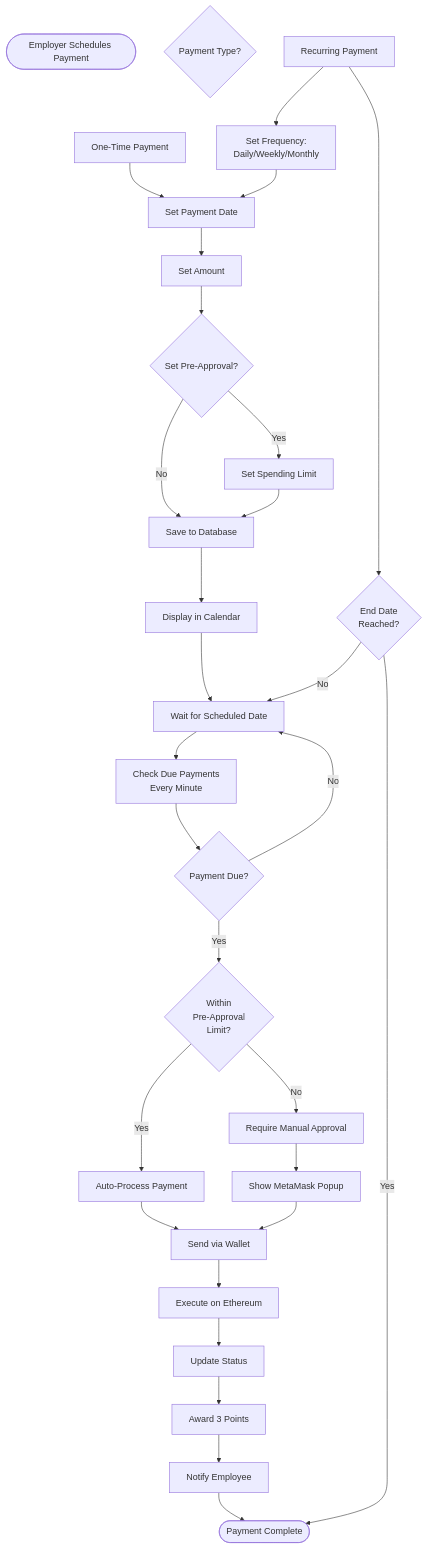
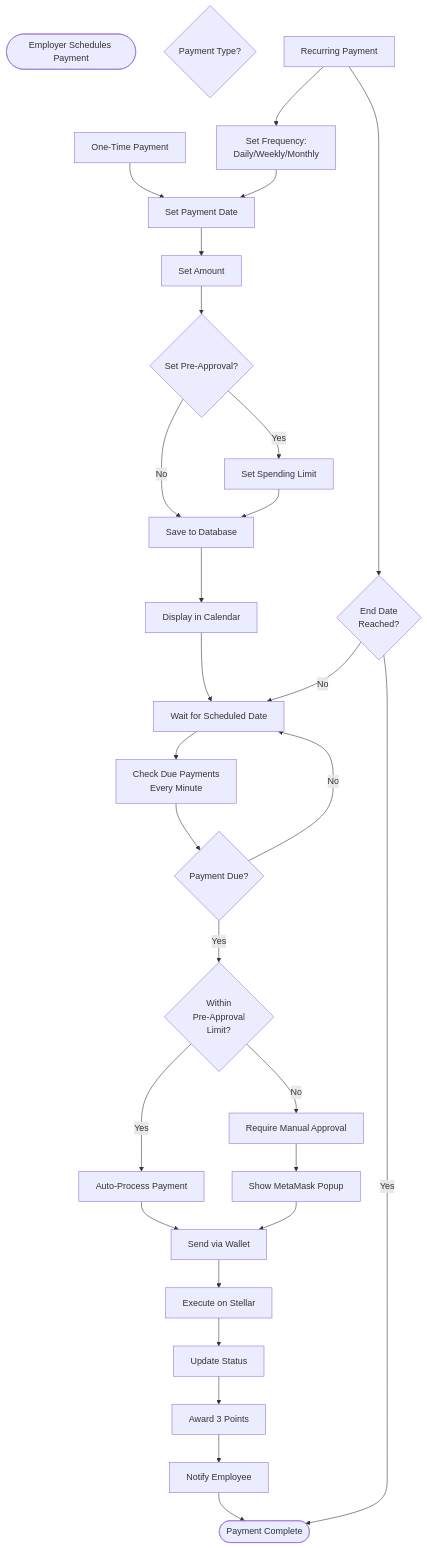
The fifth of 10 diagrams in README.md (AmaanSayyad/Gemetra-Stellar), drawn with Mermaid before and after one commit. The commit also changed other lines of this file and 57 other files, not shown here.

````diff
--- a/README.md
+++ b/README.md
@@ -310,42 +315,42 @@
 ```mermaid
 flowchart TD
     START([Employer Schedules Payment])
     SETUP{Payment Type?}
     ONETIME[One-Time Payment]
     RECURRING[Recurring Payment]
     
     ONETIME --> SETDATE[Set Payment Date]
     RECURRING --> SETFREQ[Set Frequency:<br/>Daily/Weekly/Monthly]
     SETFREQ --> SETDATE
     SETDATE --> SETAMOUNT[Set Amount]
     SETAMOUNT --> PREAPPROVE{Set Pre-Approval?}
     
     PREAPPROVE -->|Yes| SETLIMIT[Set Spending Limit]
     PREAPPROVE -->|No| SAVE[Save to Database]
     SETLIMIT --> SAVE
     
     SAVE --> CALENDAR[Display in Calendar]
     CALENDAR --> WAIT[Wait for Scheduled Date]
     
     WAIT --> CHECK[Check Due Payments<br/>Every Minute]
     CHECK --> DUE{Payment Due?}
     DUE -->|No| WAIT
     DUE -->|Yes| CHECKLIMIT{Within<br/>Pre-Approval<br/>Limit?}
     
     CHECKLIMIT -->|Yes| AUTO[Auto-Process Payment]
     CHECKLIMIT -->|No| MANUAL[Require Manual Approval]
     
     AUTO --> WALLET[Send via Wallet]
     MANUAL --> POPUP[Show MetaMask Popup]
     POPUP --> WALLET
     
-    WALLET --> ETH[Execute on Ethereum]
+    WALLET --> ETH[Execute on Stellar]
     ETH --> UPDATE[Update Status]
     UPDATE --> POINTS[Award 3 Points]
     POINTS --> NOTIFY[Notify Employee]
     NOTIFY --> END([Payment Complete])
     
     RECURRING --> CHECKEND{End Date<br/>Reached?}
     CHECKEND -->|No| WAIT
     CHECKEND -->|Yes| END
 ```
````
